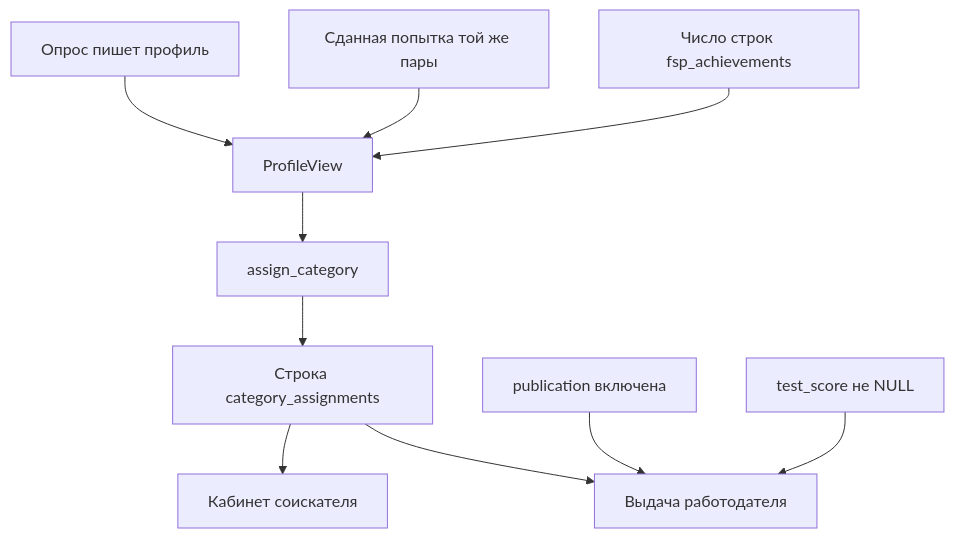
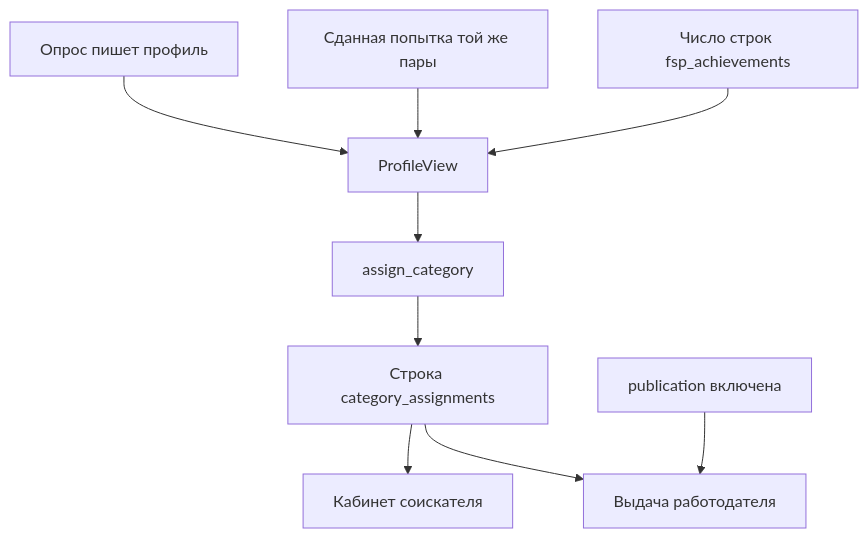
The third of 4 diagrams in track/lct-fsp-vacancies/05-reshenie.md (unhexx/hackaton_exception_expert), drawn with Mermaid before and after one commit. The commit also changed other lines of this file and 6 other files, not shown here.

````diff
--- a/track/lct-fsp-vacancies/05-reshenie.md
+++ b/track/lct-fsp-vacancies/05-reshenie.md
@@ -399,22 +409,20 @@
 ```mermaid
 flowchart TD
   survey[Опрос пишет профиль]
   attempt[Сданная попытка той же пары]
   count[Число строк fsp_achievements]
   view[ProfileView]
   fn[assign_category]
   row[Строка category_assignments]
   own[Кабинет соискателя]
   emp[Выдача работодателя]
   survey --> view
   attempt --> view
   count --> view
   view --> fn
   fn --> row
   row --> own
   row --> emp
   consent[publication включена]
-  tested[test_score не NULL]
   consent --> emp
-  tested --> emp
 ```
````
